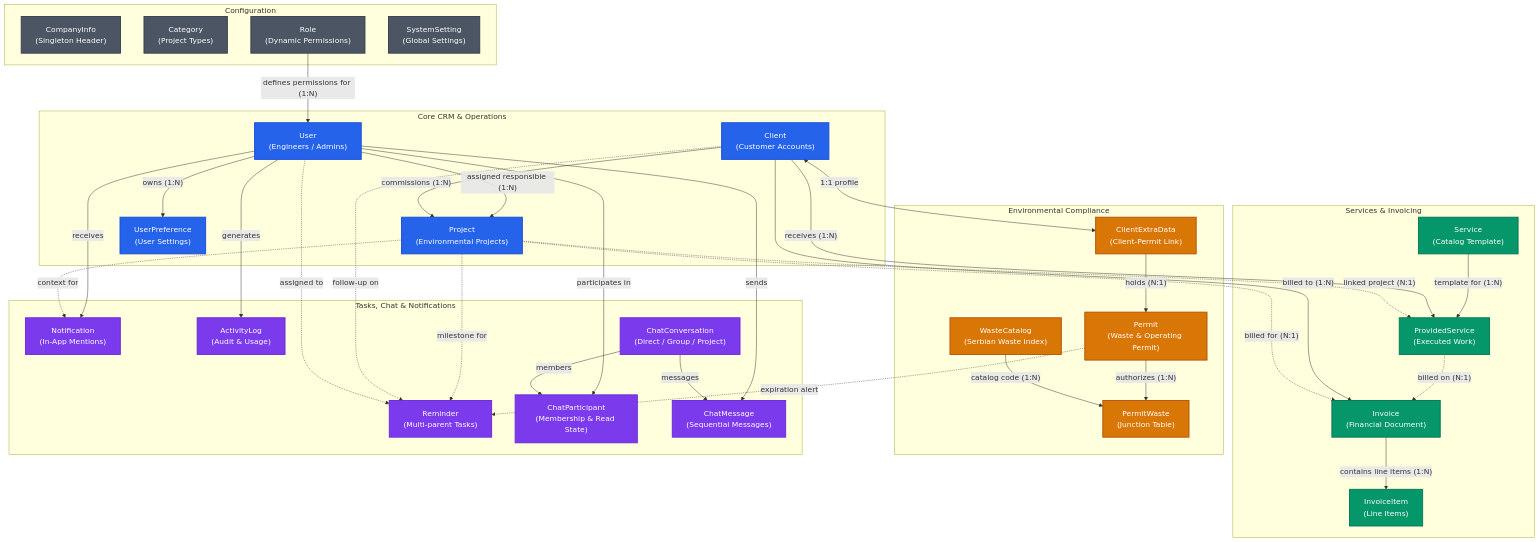
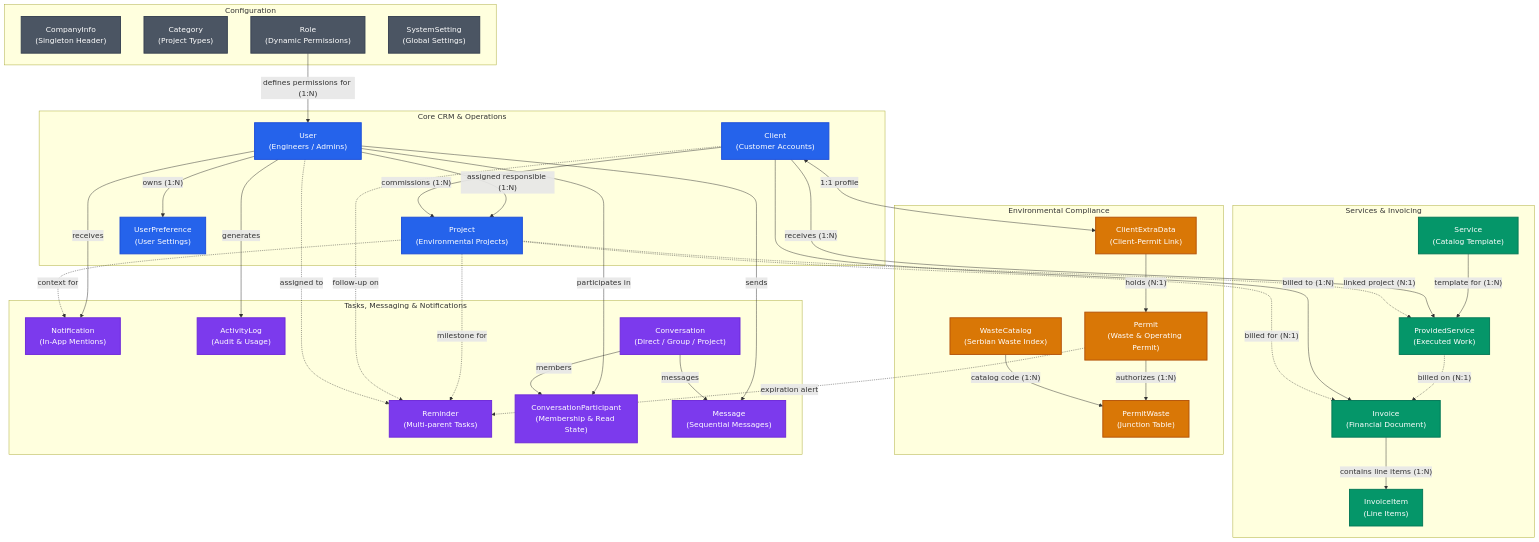
One commit to zigikralj/EGG_admin_server changed the first of 2 diagrams in docs/DATA_RELATIONSHIP_MODEL.md. Above: the diagram before and after it, drawn with Mermaid. The commit also changed other lines of this file and 21 other files, not shown here.

Commit message:
refactor: rename chat terminology and routes to messaging

````diff
--- a/docs/DATA_RELATIONSHIP_MODEL.md
+++ b/docs/DATA_RELATIONSHIP_MODEL.md
@@ -55,75 +55,75 @@
 ```mermaid
 flowchart TD
     classDef crm fill:#2563eb,stroke:#1d4ed8,color:#ffffff,stroke-width:2px;
     classDef billing fill:#059669,stroke:#047857,color:#ffffff,stroke-width:2px;
     classDef env fill:#d97706,stroke:#b45309,color:#ffffff,stroke-width:2px;
     classDef workflow fill:#7c3aed,stroke:#6d28d9,color:#ffffff,stroke-width:2px;
     classDef config fill:#4b5563,stroke:#374151,color:#ffffff,stroke-width:2px;
 
     subgraph CRM ["Core CRM & Operations"]
         User["User<br/>(Engineers / Admins)"]:::crm
         Client["Client<br/>(Customer Accounts)"]:::crm
         Project["Project<br/>(Environmental Projects)"]:::crm
         UserPref["UserPreference<br/>(User Settings)"]:::crm
     end
 
     subgraph Billing ["Services & Invoicing"]
         Service["Service<br/>(Catalog Template)"]:::billing
         ProvidedService["ProvidedService<br/>(Executed Work)"]:::billing
         Invoice["Invoice<br/>(Financial Document)"]:::billing
         InvoiceItem["InvoiceItem<br/>(Line Items)"]:::billing
     end
 
     subgraph Environmental ["Environmental Compliance"]
         Permit["Permit<br/>(Waste & Operating Permit)"]:::env
         ClientExtra["ClientExtraData<br/>(Client-Permit Link)"]:::env
         PermitWaste["PermitWaste<br/>(Junction Table)"]:::env
         WasteCatalog["WasteCatalog<br/>(Serbian Waste Index)"]:::env
     end
 
-    subgraph Workflow ["Tasks, Chat & Notifications"]
+    subgraph Workflow ["Tasks, Messaging & Notifications"]
         Reminder["Reminder<br/>(Multi-parent Tasks)"]:::workflow
         Notification["Notification<br/>(In-App Mentions)"]:::workflow
         ActivityLog["ActivityLog<br/>(Audit & Usage)"]:::workflow
-        ChatConversation["ChatConversation<br/>(Direct / Group / Project)"]:::workflow
-        ChatParticipant["ChatParticipant<br/>(Membership & Read State)"]:::workflow
-        ChatMessage["ChatMessage<br/>(Sequential Messages)"]:::workflow
+        Conversation["Conversation<br/>(Direct / Group / Project)"]:::workflow
+        ConversationParticipant["ConversationParticipant<br/>(Membership & Read State)"]:::workflow
+        Message["Message<br/>(Sequential Messages)"]:::workflow
     end
 
     subgraph Config ["Configuration"]
         CompanyInfo["CompanyInfo<br/>(Singleton Header)"]:::config
         Category["Category<br/>(Project Types)"]:::config
         Role["Role<br/>(Dynamic Permissions)"]:::config
         SystemSetting["SystemSetting<br/>(Global Settings)"]:::config
     end
 
     Role -->|"defines permissions for (1:N)"| User
     User -->|"owns (1:N)"| UserPref
     User -->|"assigned responsible (1:N)"| Project
     Client -->|"commissions (1:N)"| Project
 
     Client <-->|"1:1 profile"| ClientExtra
     ClientExtra -->|"holds (N:1)"| Permit
     Permit -->|"authorizes (1:N)"| PermitWaste
     WasteCatalog -->|"catalog code (1:N)"| PermitWaste
 
     Service -->|"template for (1:N)"| ProvidedService
     Client -->|"receives (1:N)"| ProvidedService
     Project -.->|"linked project (N:1)"| ProvidedService
     ProvidedService -.->|"billed on (N:1)"| Invoice
     Client -->|"billed to (1:N)"| Invoice
     Project -.->|"billed for (N:1)"| Invoice
     Invoice -->|"contains line items (1:N)"| InvoiceItem
 
     User -->|"receives"| Notification
     User -->|"generates"| ActivityLog
-    User -->|"participates in"| ChatParticipant
-    User -->|"sends"| ChatMessage
-    ChatConversation -->|"members"| ChatParticipant
-    ChatConversation -->|"messages"| ChatMessage
+    User -->|"participates in"| ConversationParticipant
+    User -->|"sends"| Message
+    Conversation -->|"members"| ConversationParticipant
+    Conversation -->|"messages"| Message
     Project -.->|"context for"| Notification
     Project -.->|"milestone for"| Reminder
     Client -.->|"follow-up on"| Reminder
     User -.->|"assigned to"| Reminder
     Permit -.->|"expiration alert"| Reminder
 ```
````
